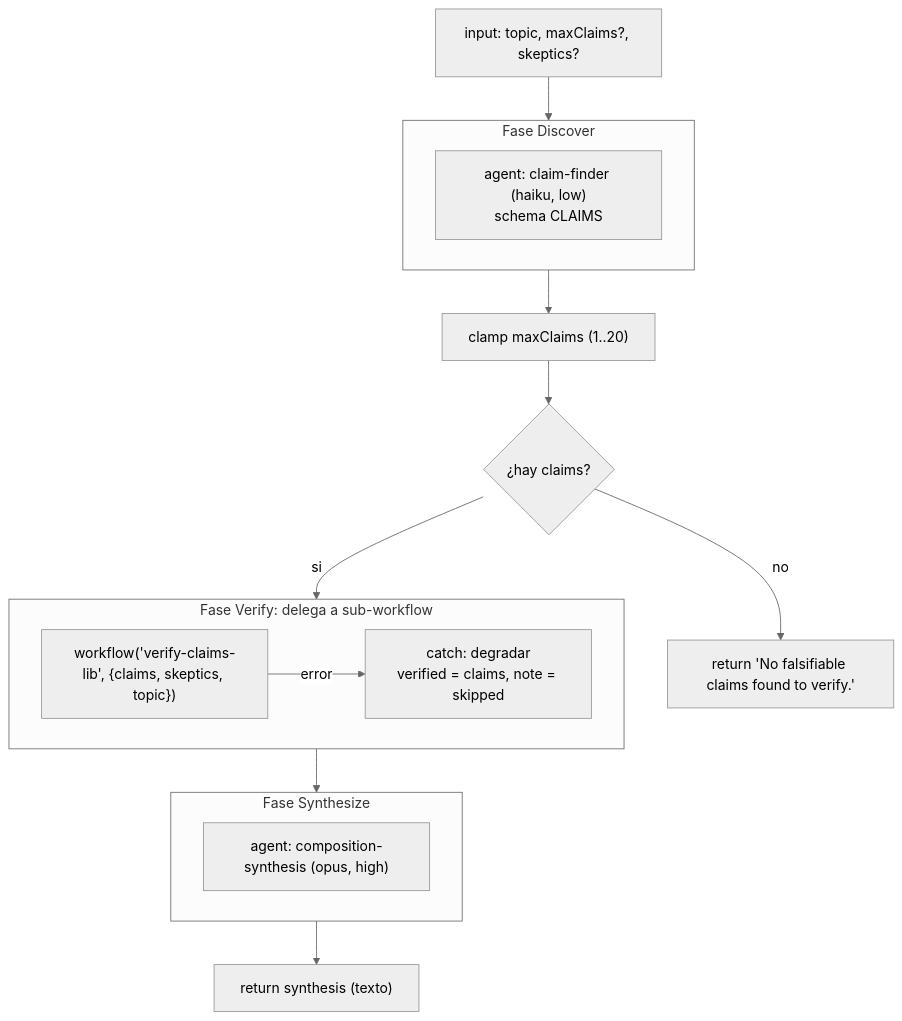
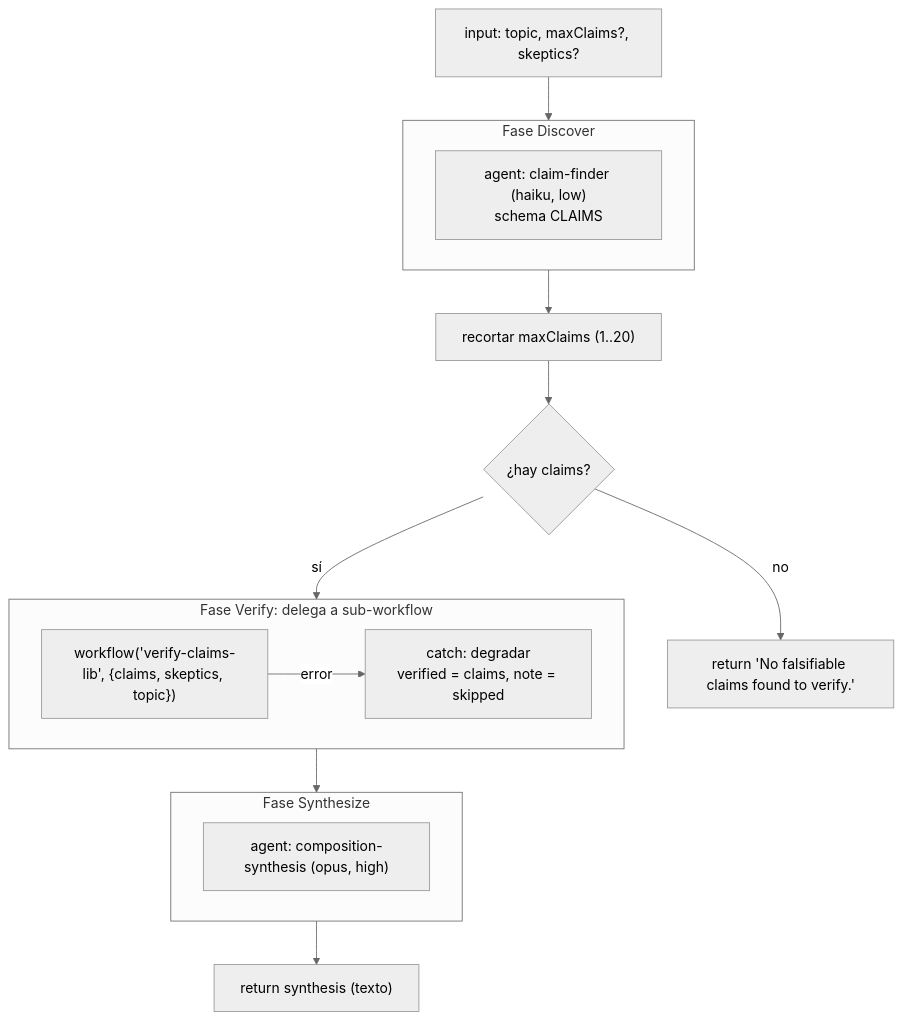
One commit to andrestobelem/pandi-extensions changed the diagram in docs/scaffolds/composition-driver.md. Above: the diagram before and after it, drawn with Mermaid (neutral theme). The commit also changed other lines of this file and 200 other files, not shown here.

````diff
--- a/docs/scaffolds/composition-driver.md
+++ b/docs/scaffolds/composition-driver.md
@@ -32,23 +32,23 @@
 ```mermaid
 flowchart TD
     Input["input: topic, maxClaims?, skeptics?"] --> Discover
     subgraph Discover["Fase Discover"]
         Finder["agent: claim-finder (haiku, low)\nschema CLAIMS"]
     end
-    Discover --> Clamp["clamp maxClaims (1..20)"]
+    Discover --> Clamp["recortar maxClaims (1..20)"]
     Clamp --> Empty{"¿hay claims?"}
     Empty -->|no| NoClaims["return 'No falsifiable claims found to verify.'"]
-    Empty -->|si| Verify
+    Empty -->|sí| Verify
 
     subgraph Verify["Fase Verify: delega a sub-workflow"]
         Sub["workflow('verify-claims-lib', {claims, skeptics, topic})"]
         Fallback["catch: degradar\nverified = claims, note = skipped"]
         Sub -->|error| Fallback
     end
 
     Verify --> Synthesize
     subgraph Synthesize["Fase Synthesize"]
         Judge["agent: composition-synthesis (opus, high)"]
     end
     Synthesize --> Output["return synthesis (texto)"]
 ```
````
